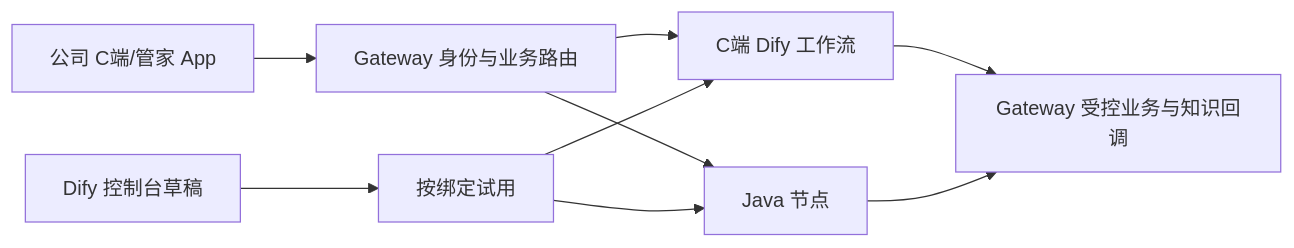
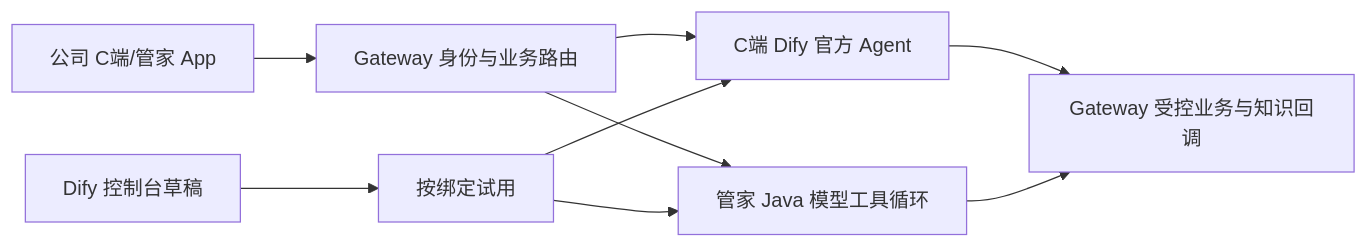
The diagram in README.md (kilbertert/AI-Ops), drawn with Mermaid before and after one commit. The commit also changed other lines of this file and 19 other files, not shown here.

First line of the commit message:
docs(architecture): 统一现役架构、操作文档与阶段任务台账 (#1427)

````diff
--- a/README.md
+++ b/README.md
@@ -43,11 +44,11 @@
 ```mermaid
 flowchart LR
   App[公司 C端/管家 App] --> Gateway[Gateway 身份与业务路由]
-  Gateway --> Consumer[C端 Dify 工作流]
-  Gateway --> Node[Java 节点]
+  Gateway --> Consumer[C端 Dify 官方 Agent]
+  Gateway --> Node[管家 Java 模型工具循环]
   Console[Dify 控制台草稿] --> Trial[按绑定试用]
   Trial --> Consumer
   Trial --> Node
   Consumer --> Data[Gateway 受控业务与知识回调]
   Node --> Data
 ```
````
